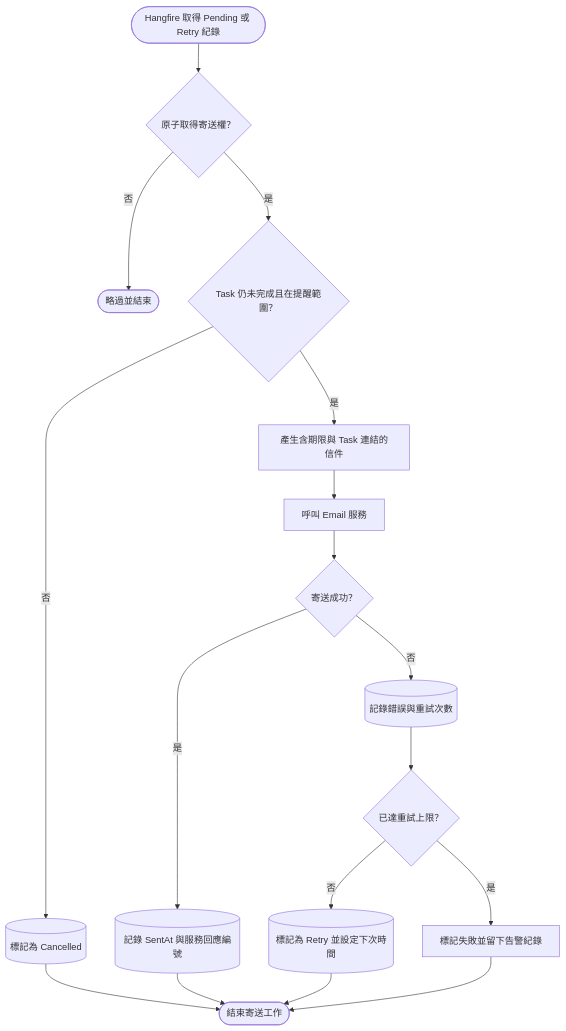
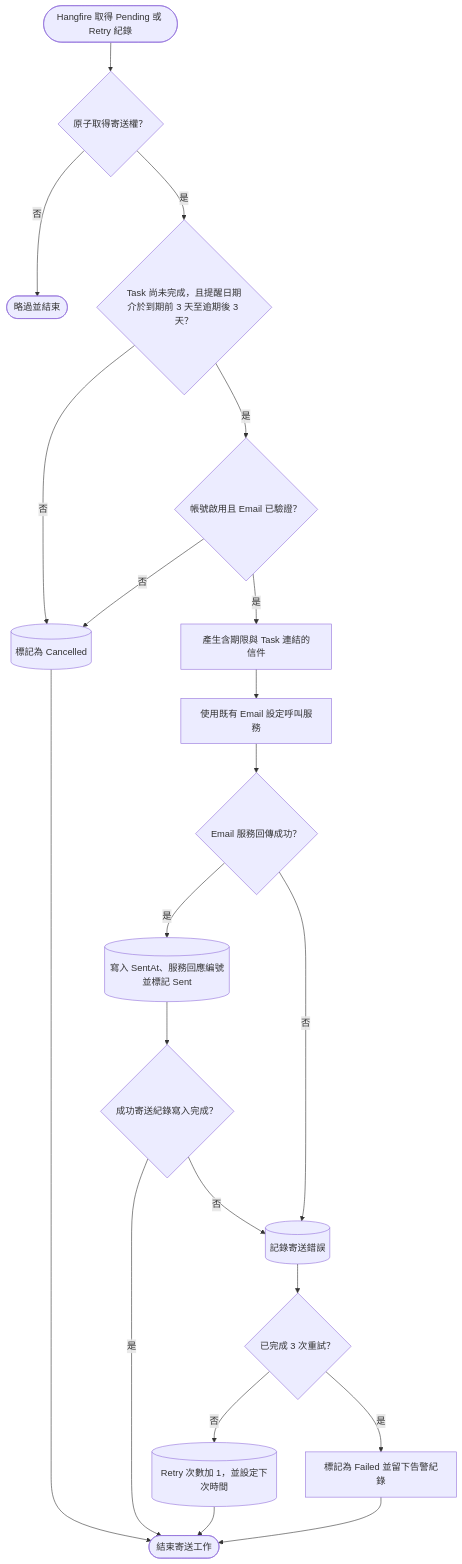
One commit to JJDing-Louis/ProjectManagementWeb_Spec changed the second of 2 diagrams in Flowchart/E-mail 任務到期提醒.md. Above: the diagram before and after it, drawn with Mermaid. The commit also changed other lines of this file and 2 other files, not shown here.

Commit message:
規格修正

````diff
--- a/Flowchart/E-mail 任務到期提醒.md
+++ b/Flowchart/E-mail 任務到期提醒.md
@@ -29,19 +29,23 @@
 ```mermaid
 flowchart TB
     sendJobStart([Hangfire 取得 Pending 或 Retry 紀錄]) --> claimSend{原子取得寄送權？}
     claimSend -->|否| sendJobFinished([略過並結束])
-    claimSend -->|是| recheckTask{Task 仍未完成且在提醒範圍？}
+    claimSend -->|是| recheckTask{Task 尚未完成，且提醒日期介於到期前 3 天至逾期後 3 天？}
     recheckTask -->|否| cancelReminder[(標記為 Cancelled)]
-    recheckTask -->|是| composeReminder[產生含期限與 Task 連結的信件]
-    composeReminder --> sendReminder[呼叫 Email 服務]
-    sendReminder --> reminderSent{寄送成功？}
-    reminderSent -->|是| markReminderSent[(記錄 SentAt 與服務回應編號)]
-    reminderSent -->|否| updateAttempt[(記錄錯誤與重試次數)]
-    updateAttempt --> retryLimit{已達重試上限？}
-    retryLimit -->|否| scheduleRetry[(標記為 Retry 並設定下次時間)]
-    retryLimit -->|是| markReminderFailed[標記失敗並留下告警紀錄]
-    cancelReminder --> sendJobEnd([結束寄送工作])
-    markReminderSent --> sendJobEnd
+    recheckTask -->|是| recipientValid{帳號啟用且 Email 已驗證？}
+    recipientValid -->|否| cancelReminder
+    recipientValid -->|是| composeReminder[產生含期限與 Task 連結的信件]
+    composeReminder --> sendReminder[使用既有 Email 設定呼叫服務]
+    sendReminder --> providerAccepted{Email 服務回傳成功？}
+    providerAccepted -->|是| recordSuccess[(寫入 SentAt、服務回應編號並標記 Sent)]
+    recordSuccess --> successRecorded{成功寄送紀錄寫入完成？}
+    successRecorded -->|是| sendJobEnd([結束寄送工作])
+    providerAccepted -->|否| recordFailure[(記錄寄送錯誤)]
+    successRecorded -->|否| recordFailure
+    recordFailure --> retryLimit{已完成 3 次重試？}
+    retryLimit -->|否| scheduleRetry[(Retry 次數加 1，並設定下次時間)]
+    retryLimit -->|是| markReminderFailed[標記為 Failed 並留下告警紀錄]
+    cancelReminder --> sendJobEnd
     scheduleRetry --> sendJobEnd
     markReminderFailed --> sendJobEnd
 ```
````
